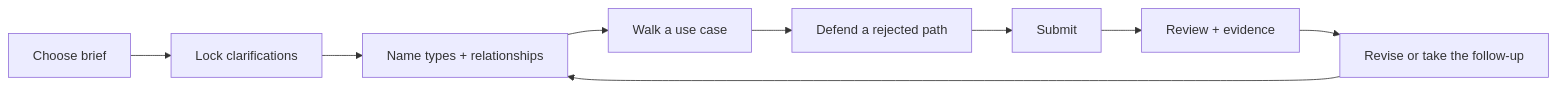
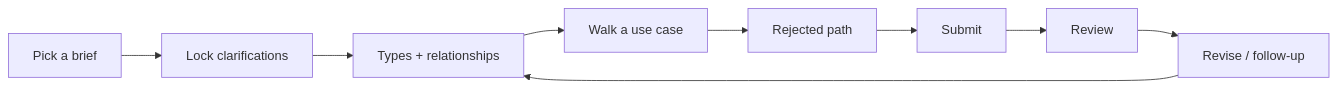
Before and after one commit to shubhangini67/spoke-lld-practice: the first of 5 diagrams in README.md, drawn with Mermaid. The commit also changed other lines of this file and 7 other files, not shown here.

````diff
--- a/README.md
+++ b/README.md
@@ -64,11 +53,11 @@
 ```mermaid
 flowchart LR
-  A[Choose brief] --> B[Lock clarifications]
-  B --> C[Name types + relationships]
+  A[Pick a brief] --> B[Lock clarifications]
+  B --> C[Types + relationships]
   C --> D[Walk a use case]
-  D --> E[Defend a rejected path]
+  D --> E[Rejected path]
   E --> F[Submit]
-  F --> G[Review + evidence]
-  G --> H[Revise or take the follow-up]
+  F --> G[Review]
+  G --> H[Revise / follow-up]
   H --> C
 ```
````
